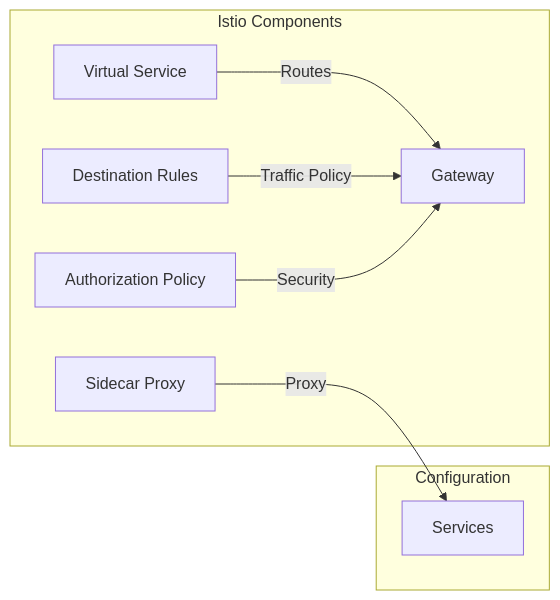
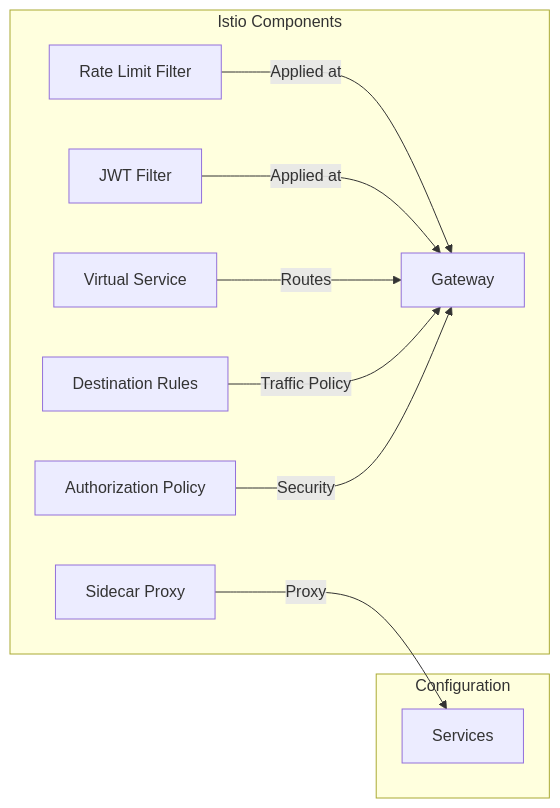
Before and after one commit to ramisback/istio-rate-limiter: the second of 17 diagrams in docs/01-architecture.md, drawn with Mermaid. The commit also changed other lines of this file and 3 other files, not shown here.

Commit message:
docs: updated flow diagrams

````diff
--- a/docs/01-architecture.md
+++ b/docs/01-architecture.md
@@ -182,17 +182,21 @@
 ```mermaid
 graph LR
     subgraph "Istio Components"
         Gateway[Gateway]
+        RateLimit[Rate Limit Filter]
+        JWT[JWT Filter]
         VS[Virtual Service]
         DR[Destination Rules]
         Auth[Authorization Policy]
         Sidecar[Sidecar Proxy]
     end
 
     subgraph "Configuration"
+        RateLimit -->|Applied at| Gateway
+        JWT -->|Applied at| Gateway
         VS -->|Routes| Gateway
         DR -->|Traffic Policy| Gateway
         Auth -->|Security| Gateway
         Sidecar -->|Proxy| Services
     end
 ```
````
